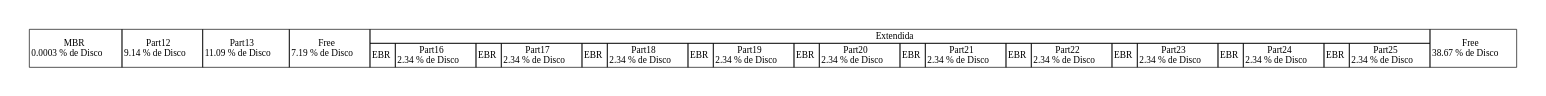
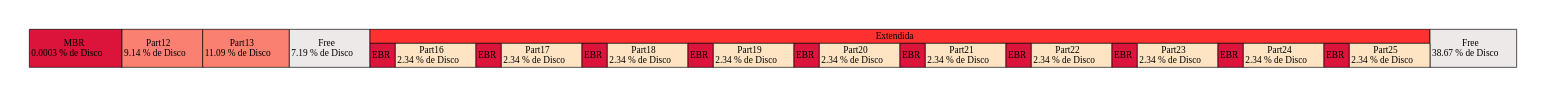
The diagram in disk_report.dot (MacoChave/DiskParted), drawn with Graphviz before and after one commit. The commit also changed 4 other files, not shown here.

```diff
--- a/disk_report.dot
+++ b/disk_report.dot
@@ -1,39 +1,39 @@
 digraph {
 	graph[pad="0.5", nodesep="0.5", ranksep="2"]
 	node [shape = plain]
 	rankdir = LR
 	DISK [label=<
 		<table border="0" cellborder="1" cellspacing="0">
 			<tr>
-				<td rowspan="2">MBR<br/>0.0003 % de Disco</td>
-				<td rowspan="2">Part12<br/>9.14 % de Disco</td>
-				<td rowspan="2">Part13<br/>11.09 % de Disco</td>
-				<td rowspan="2">Free<br/>7.19 % de Disco</td>
-				<td colspan="20">Extendida</td>
-				<td rowspan="2">Free<br/>38.67 % de Disco</td>
+				<td bgcolor="crimson" rowspan="2">MBR<br/>0.0003 % de Disco</td>
+				<td bgcolor="salmon" rowspan="2">Part12<br/>9.14 % de Disco</td>
+				<td bgcolor="salmon" rowspan="2">Part13<br/>11.09 % de Disco</td>
+				<td bgcolor="snow2" rowspan="2">Free<br/>7.19 % de Disco</td>
+				<td bgcolor="firebrick1" colspan="20">Extendida</td>
+				<td bgcolor="snow2" rowspan="2">Free<br/>38.67 % de Disco</td>
 			</tr>
 			<tr>
-				<td>EBR</td>
-				<td>Part16<br/>2.34 % de Disco</td>
-				<td>EBR</td>
-				<td>Part17<br/>2.34 % de Disco</td>
-				<td>EBR</td>
-				<td>Part18<br/>2.34 % de Disco</td>
-				<td>EBR</td>
-				<td>Part19<br/>2.34 % de Disco</td>
-				<td>EBR</td>
-				<td>Part20<br/>2.34 % de Disco</td>
-				<td>EBR</td>
-				<td>Part21<br/>2.34 % de Disco</td>
-				<td>EBR</td>
-				<td>Part22<br/>2.34 % de Disco</td>
-				<td>EBR</td>
-				<td>Part23<br/>2.34 % de Disco</td>
-				<td>EBR</td>
-				<td>Part24<br/>2.34 % de Disco</td>
-				<td>EBR</td>
-				<td>Part25<br/>2.34 % de Disco</td>
+				<td bgcolor="crimson">EBR</td>
+				<td bgcolor="bisque">Part16<br/>2.34 % de Disco</td>
+				<td bgcolor="crimson">EBR</td>
+				<td bgcolor="bisque">Part17<br/>2.34 % de Disco</td>
+				<td bgcolor="crimson">EBR</td>
+				<td bgcolor="bisque">Part18<br/>2.34 % de Disco</td>
+				<td bgcolor="crimson">EBR</td>
+				<td bgcolor="bisque">Part19<br/>2.34 % de Disco</td>
+				<td bgcolor="crimson">EBR</td>
+				<td bgcolor="bisque">Part20<br/>2.34 % de Disco</td>
+				<td bgcolor="crimson">EBR</td>
+				<td bgcolor="bisque">Part21<br/>2.34 % de Disco</td>
+				<td bgcolor="crimson">EBR</td>
+				<td bgcolor="bisque">Part22<br/>2.34 % de Disco</td>
+				<td bgcolor="crimson">EBR</td>
+				<td bgcolor="bisque">Part23<br/>2.34 % de Disco</td>
+				<td bgcolor="crimson">EBR</td>
+				<td bgcolor="bisque">Part24<br/>2.34 % de Disco</td>
+				<td bgcolor="crimson">EBR</td>
+				<td bgcolor="bisque">Part25<br/>2.34 % de Disco</td>
 			</tr>
 		</table>
 	>]
 }
```
